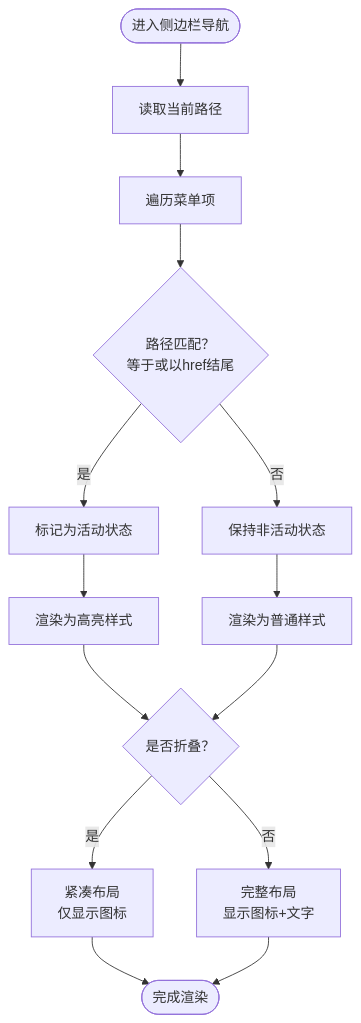
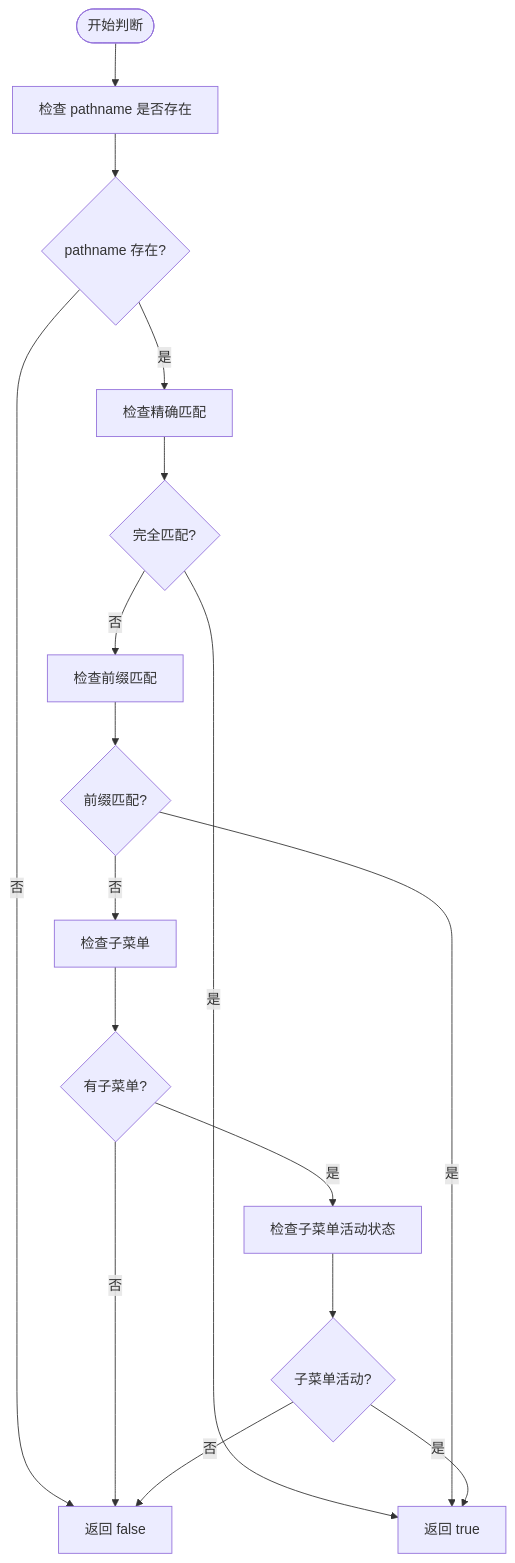
Before and after one commit to x01n/My-OpenWaf: the fourth of 7 diagrams in docs/前端管理界面/组件设计模式/导航组件.md, drawn with Mermaid. The commit also changed other lines of this file and 199 other files, not shown here.

````diff
--- a/docs/前端管理界面/组件设计模式/导航组件.md
+++ b/docs/前端管理界面/组件设计模式/导航组件.md
@@ -166,16 +204,19 @@
 ```mermaid
 flowchart TD
-Start(["进入侧边栏导航"]) --> ReadPath["读取当前路径"]
-ReadPath --> IterateItems["遍历菜单项"]
-IterateItems --> Match{"路径匹配？<br/>等于或以href结尾"}
-Match --> |是| Active["标记为活动状态"]
-Match --> |否| Inactive["保持非活动状态"]
-Active --> RenderActive["渲染为高亮样式"]
-Inactive --> RenderInactive["渲染为普通样式"]
-RenderActive --> CollapseCheck{"是否折叠？"}
-RenderInactive --> CollapseCheck
-CollapseCheck --> |是| Compact["紧凑布局<br/>仅显示图标"]
-CollapseCheck --> |否| Full["完整布局<br/>显示图标+文字"]
-Compact --> End(["完成渲染"])
-Full --> End
+Start([开始判断]) --> CheckPathname["检查 pathname 是否存在"]
+CheckPathname --> PathnameExists{"pathname 存在?"}
+PathnameExists --> |否| ReturnFalse["返回 false"]
+PathnameExists --> |是| CheckExact["检查精确匹配"]
+CheckExact --> ExactMatch{"完全匹配?"}
+ExactMatch --> |是| ReturnTrue["返回 true"]
+ExactMatch --> |否| CheckPrefix["检查前缀匹配"]
+CheckPrefix --> PrefixMatch{"前缀匹配?"}
+PrefixMatch --> |是| ReturnTrue
+PrefixMatch --> |否| CheckChildren["检查子菜单"]
+CheckChildren --> HasChildren{"有子菜单?"}
+HasChildren --> |否| ReturnFalse
+HasChildren --> |是| CheckChildActive["检查子菜单活动状态"]
+CheckChildActive --> ChildActive{"子菜单活动?"}
+ChildActive --> |是| ReturnTrue
+ChildActive --> |否| ReturnFalse
 ```
````
